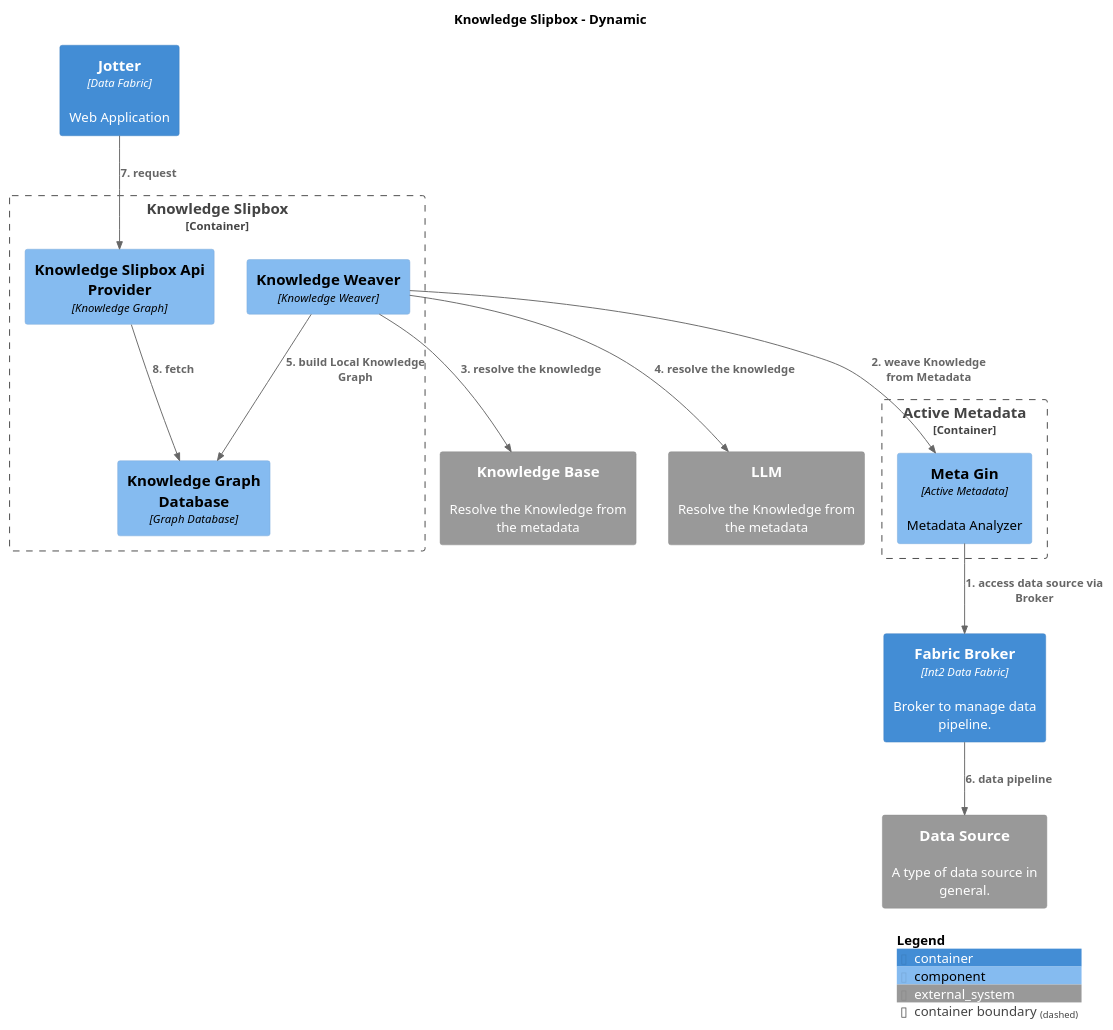
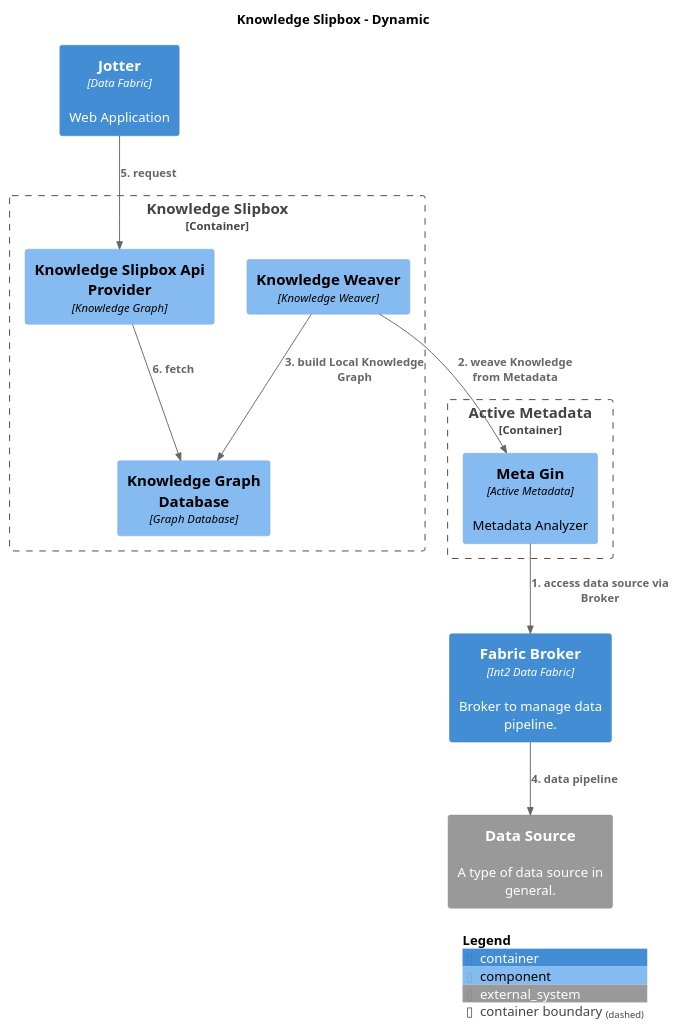
The diagram in master/puml/LocalKnowledgeGraph.puml (IntellectusCorp/data-fabric-docs), drawn with PlantUML before and after one commit. The commit also changed 36 other files, not shown here.

Commit message:
Deploying to gh-pages from @ IntellectusCorp/data-fabric-docs@0f1d18046c5fe9a4fe7968b0c12b49d08b7dcc13 🚀

```diff
--- a/master/puml/LocalKnowledgeGraph.puml
+++ b/master/puml/LocalKnowledgeGraph.puml
@@ -1,38 +1,34 @@
 @startuml
 set separator none
 title Knowledge Slipbox - Dynamic
 
 top to bottom direction
 
 !include <C4/C4>
 !include <C4/C4_Context>
 !include <C4/C4_Container>
 !include <C4/C4_Component>
 
 Container_Boundary("DataFabric.KnowledgeSlipbox_boundary", "Knowledge Slipbox", $tags="") {
   Component(DataFabric.KnowledgeSlipbox.KnowledgeWeaver, "Knowledge Weaver", "Knowledge Weaver", $tags="")
   Component(DataFabric.KnowledgeSlipbox.KnowledgeGraphDatabase, "Knowledge Graph Database", "Graph Database", $tags="")
   Component(DataFabric.KnowledgeSlipbox.KnowledgeSlipboxApiProvider, "Knowledge Slipbox Api Provider", "Knowledge Graph", $tags="")
 }
 
 Container_Boundary("DataFabric.ActiveMetadata_boundary", "Active Metadata", $tags="") {
   Component(DataFabric.ActiveMetadata.MetaGin, "Meta Gin", "Active Metadata", "Metadata Analyzer", $tags="")
 }
 
 Container(DataFabric.Jotter, "Jotter", "Data Fabric", "Web Application", $tags="")
+System_Ext(DataSource, "Data Source", "A type of data source in general.", $tags="")
 Container(DataFabric.FabricBroker, "Fabric Broker", "Int2 Data Fabric", "Broker to manage data pipeline.", $tags="")
-System_Ext(DataSource, "Data Source", "A type of data source in general.", $tags="")
-System_Ext(KnowledgeBase, "Knowledge Base", "Resolve the Knowledge from the metadata", $tags="")
-System_Ext(LLM, "LLM", "Resolve the Knowledge from the metadata", $tags="")
 
 Rel_D(DataFabric.ActiveMetadata.MetaGin, DataFabric.FabricBroker, "1. access data source via Broker", $tags="")
 Rel_D(DataFabric.KnowledgeSlipbox.KnowledgeWeaver, DataFabric.ActiveMetadata.MetaGin, "2. weave Knowledge from Metadata", $tags="")
-Rel_D(DataFabric.KnowledgeSlipbox.KnowledgeWeaver, KnowledgeBase, "3. resolve the knowledge", $tags="")
-Rel_D(DataFabric.KnowledgeSlipbox.KnowledgeWeaver, LLM, "4. resolve the knowledge", $tags="")
-Rel_D(DataFabric.KnowledgeSlipbox.KnowledgeWeaver, DataFabric.KnowledgeSlipbox.KnowledgeGraphDatabase, "5. build Local Knowledge Graph", $tags="")
-Rel_D(DataFabric.FabricBroker, DataSource, "6. data pipeline", $tags="")
-Rel_D(DataFabric.Jotter, DataFabric.KnowledgeSlipbox.KnowledgeSlipboxApiProvider, "7. request", $tags="")
-Rel_D(DataFabric.KnowledgeSlipbox.KnowledgeSlipboxApiProvider, DataFabric.KnowledgeSlipbox.KnowledgeGraphDatabase, "8. fetch", $tags="")
+Rel_D(DataFabric.KnowledgeSlipbox.KnowledgeWeaver, DataFabric.KnowledgeSlipbox.KnowledgeGraphDatabase, "3. build Local Knowledge Graph", $tags="")
+Rel_D(DataFabric.FabricBroker, DataSource, "4. data pipeline", $tags="")
+Rel_D(DataFabric.Jotter, DataFabric.KnowledgeSlipbox.KnowledgeSlipboxApiProvider, "5. request", $tags="")
+Rel_D(DataFabric.KnowledgeSlipbox.KnowledgeSlipboxApiProvider, DataFabric.KnowledgeSlipbox.KnowledgeGraphDatabase, "6. fetch", $tags="")
 
 SHOW_LEGEND(true)
 @enduml
```
